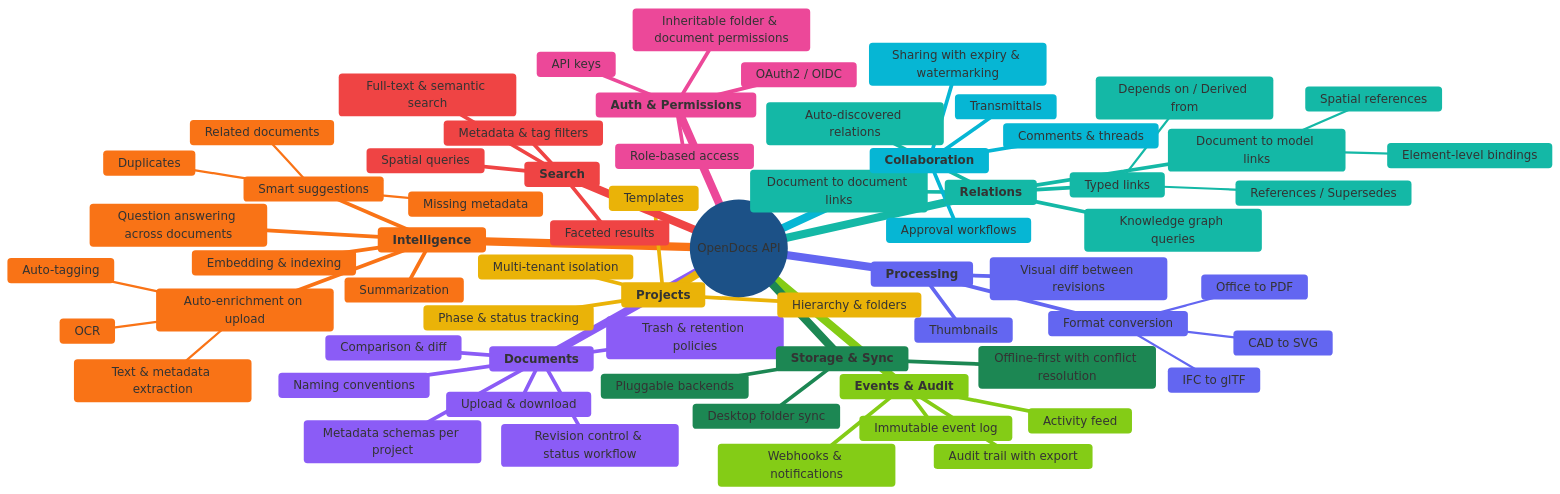
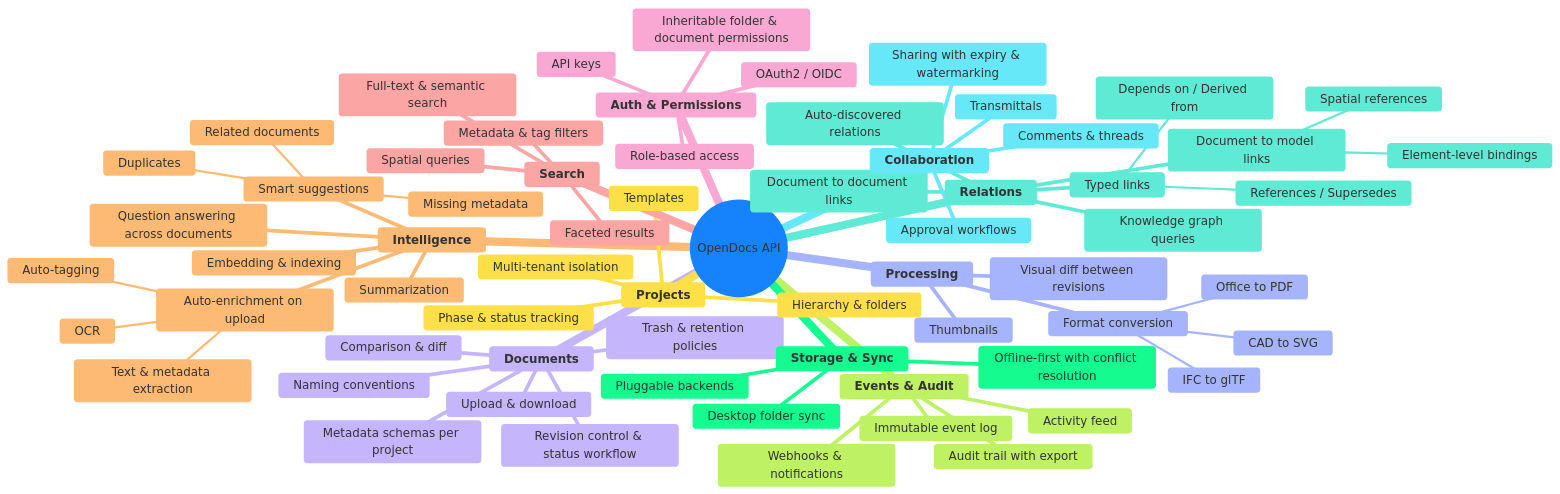
Before and after one commit to davras5/open-docs: the third of 3 diagrams in README.md, drawn with Mermaid.

````diff
--- a/README.md
+++ b/README.md
@@ -274,21 +274,18 @@
 ```mermaid
 %%{init: {'theme': 'base', 'themeVariables': {
-  'primaryColor': '#4A90D9',
-  'lineColor': '#888',
+  'primaryColor': '#93C5FD',
+  'lineColor': '#999',
   'textColor': '#1a1a2e',
-  'cScale0': '#3B82F6',
-  'cScale1': '#8B5CF6',
-  'cScale2': '#F97316',
-  'cScale3': '#14B8A6',
-  'cScale4': '#6366F1',
-  'cScale5': '#EAB308',
-  'cScale6': '#EC4899',
-  'cScale7': '#06B6D4',
-  'cScale8': '#EF4444',
-  'cScale9': '#84CC16',
-  'cScalePeer1': '#fff', 'cScalePeer2': '#fff', 'cScalePeer3': '#fff',
-  'cScalePeer4': '#fff', 'cScalePeer5': '#fff', 'cScalePeer6': '#fff',
-  'cScalePeer7': '#fff', 'cScalePeer8': '#fff', 'cScalePeer9': '#fff'
+  'cScale0': '#93C5FD',
+  'cScale1': '#C4B5FD',
+  'cScale2': '#FDBA74',
+  'cScale3': '#5EEAD4',
+  'cScale4': '#A5B4FC',
+  'cScale5': '#FDE047',
+  'cScale6': '#F9A8D4',
+  'cScale7': '#67E8F9',
+  'cScale8': '#FCA5A5',
+  'cScale9': '#BEF264'
 }}}%%
 mindmap
   root((OpenDocs API))
````
